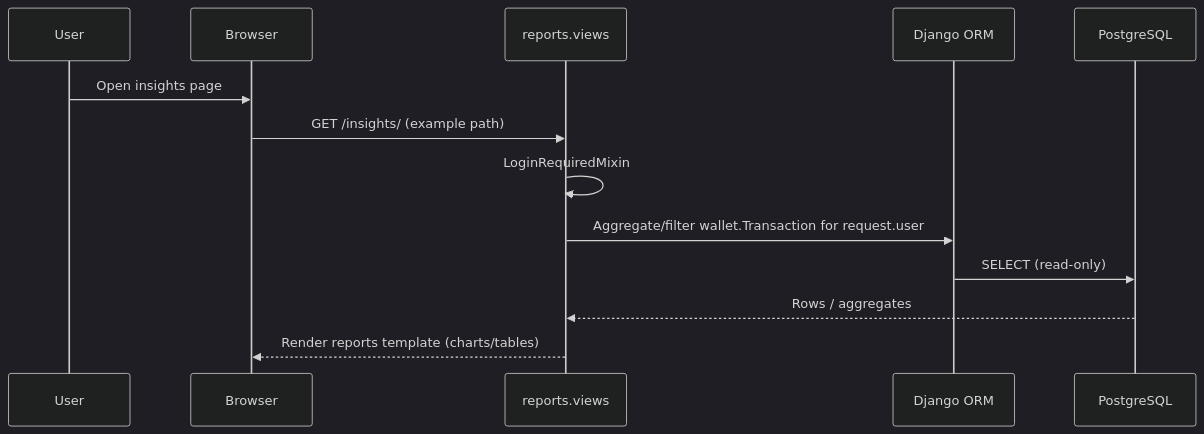
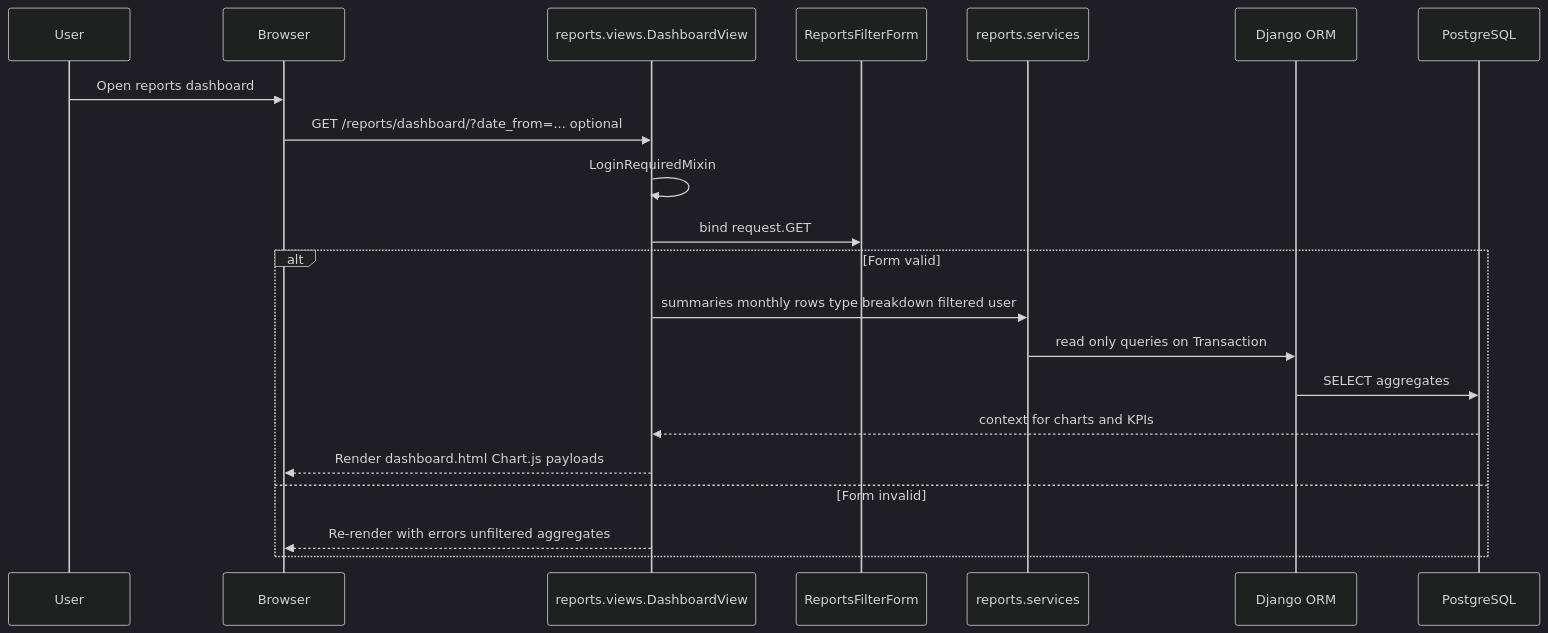
The sixth of 7 diagrams in docs/FLOWS.md (anibalrojosan/proggy-wallet), drawn with Mermaid (dark theme) before and after one commit. The commit also changed other lines of this file and 9 other files, not shown here.

````diff
--- a/docs/FLOWS.md
+++ b/docs/FLOWS.md
@@ -162,16 +165,24 @@
 ```mermaid
 sequenceDiagram
     participant User
     participant Browser
-    participant View as reports.views
+    participant View as reports.views.DashboardView
+    participant Form as ReportsFilterForm
+    participant Svc as reports.services
     participant ORM as Django ORM
     participant DB as PostgreSQL
 
-    User->>Browser: Open insights page
-    Browser->>View: GET /insights/ (example path)
+    User->>Browser: Open reports dashboard
+    Browser->>View: GET /reports/dashboard/?date_from=... optional
     View->>View: LoginRequiredMixin
-    View->>ORM: Aggregate/filter wallet.Transaction for request.user
-    ORM->>DB: SELECT (read-only)
-    DB-->>View: Rows / aggregates
-    View-->>Browser: Render reports template (charts/tables)
+    View->>Form: bind request.GET
+    alt Form valid
+        View->>Svc: summaries monthly rows type breakdown filtered user
+        Svc->>ORM: read only queries on Transaction
+        ORM->>DB: SELECT aggregates
+        DB-->>View: context for charts and KPIs
+        View-->>Browser: Render dashboard.html Chart.js payloads
+    else Form invalid
+        View-->>Browser: Re-render with errors unfiltered aggregates
+    end
 ```
````
